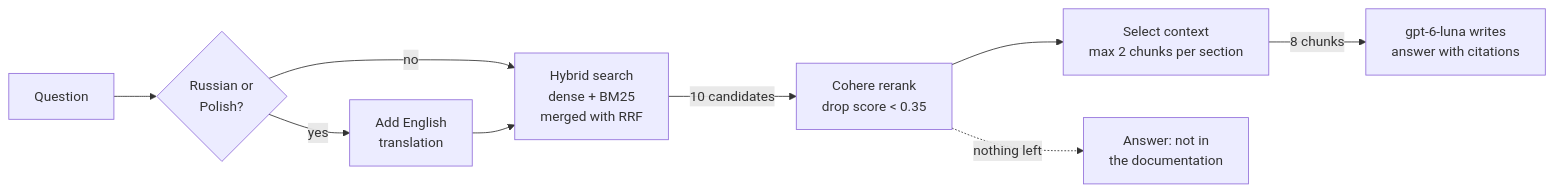
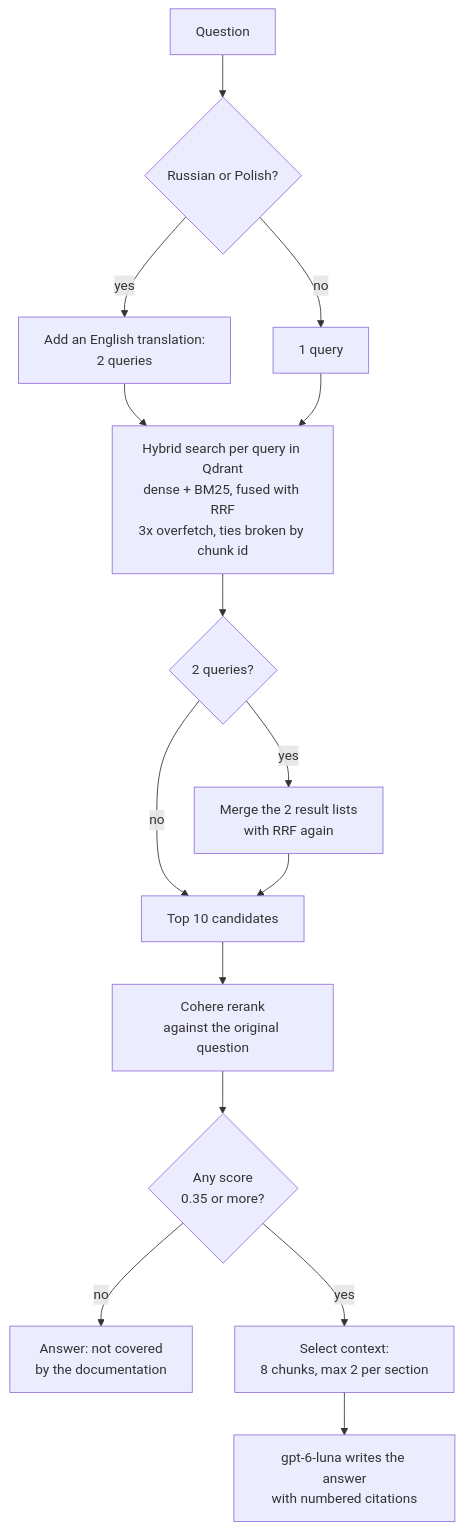
One commit to KonstantinStarovoytov/agent-docs changed the first of 2 diagrams in ARCHITECTURE.md. Above: the diagram before and after it, drawn with Mermaid. The commit also changed other lines of this file and 1 other file, not shown here.

Commit message:
docs: step-by-step remote MCP flow, sequential diagrams, corrected claims

````diff
--- a/ARCHITECTURE.md
+++ b/ARCHITECTURE.md
@@ -55,11 +57,17 @@
 ```mermaid
-flowchart LR
-    Q[Question] --> T{Russian or<br/>Polish?}
-    T -- yes --> TR[Add English<br/>translation]
-    T -- no --> H
-    TR --> H[Hybrid search<br/>dense + BM25<br/>merged with RRF]
-    H -->|10 candidates| R[Cohere rerank<br/>drop score < 0.35]
-    R --> S[Select context<br/>max 2 chunks per section]
-    S -->|8 chunks| G[gpt-6-luna writes<br/>answer with citations]
-    R -. nothing left .-> A[Answer: not in<br/>the documentation]
+flowchart TD
+    Q["Question"] --> T{"Russian or Polish?"}
+    T -->|yes| TR["Add an English translation:<br/>2 queries"]
+    T -->|no| ONE["1 query"]
+    TR --> H
+    ONE --> H
+    H["Hybrid search per query in Qdrant<br/>dense + BM25, fused with RRF<br/>3x overfetch, ties broken by chunk id"] --> M{"2 queries?"}
+    M -->|yes| RRF2["Merge the 2 result lists<br/>with RRF again"]
+    M -->|no| C10
+    RRF2 --> C10["Top 10 candidates"]
+    C10 --> R["Cohere rerank<br/>against the original question"]
+    R --> TH{"Any score<br/>0.35 or more?"}
+    TH -->|no| A["Answer: not covered<br/>by the documentation"]
+    TH -->|yes| S["Select context:<br/>8 chunks, max 2 per section"]
+    S --> G["gpt-6-luna writes the answer<br/>with numbered citations"]
 ```
````
